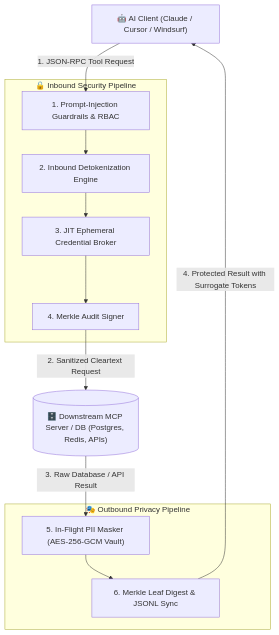
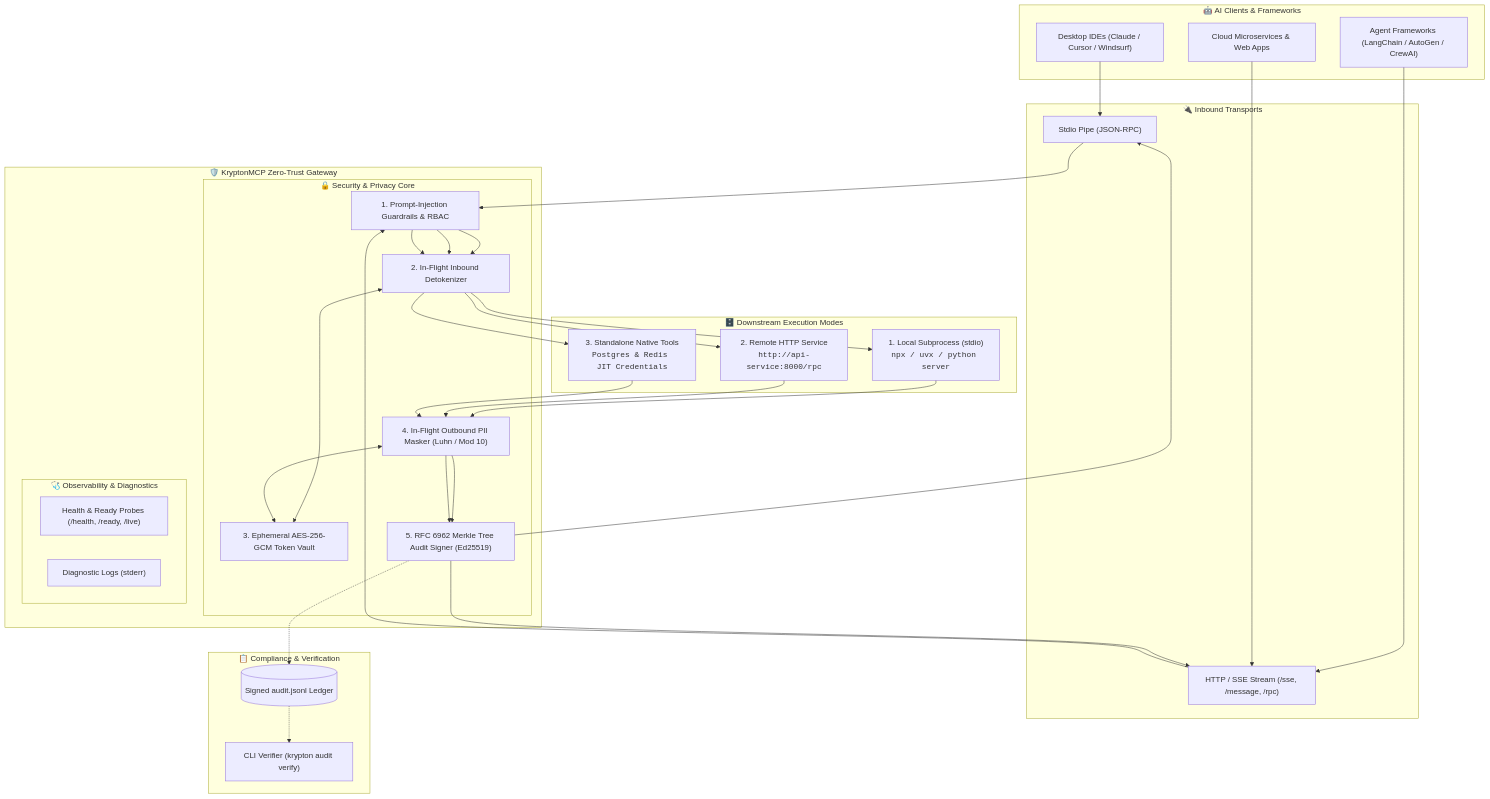
The diagram in README.md (MuhammetEmirErkut/krypton-mcp), drawn with Mermaid before and after one commit.

Commit message:
docs(readme): expand Mermaid architecture diagram to cover all transports and execution targets

````diff
--- a/README.md
+++ b/README.md
@@ -49,25 +49,62 @@
 ```mermaid
 flowchart TD
-    Client["🤖 AI Client (Claude / Cursor / Windsurf)"]
-
-    subgraph InboundPipeline["🔒 Inbound Security Pipeline"]
-        G["1. Prompt-Injection Guardrails & RBAC"]
-        D["2. Inbound Detokenization Engine"]
-        B["3. JIT Ephemeral Credential Broker"]
-        A1["4. Merkle Audit Signer"]
-        G --> D --> B --> A1
+    subgraph Clients["🤖 AI Clients & Frameworks"]
+        C1["Desktop IDEs (Claude / Cursor / Windsurf)"]
+        C2["Agent Frameworks (LangChain / AutoGen / CrewAI)"]
+        C3["Cloud Microservices & Web Apps"]
     end
 
-    Downstream[("🗄️ Downstream MCP Server / DB (Postgres, Redis, APIs)")]
-
-    subgraph OutboundPipeline["🎭 Outbound Privacy Pipeline"]
-        M["5. In-Flight PII Masker (AES-256-GCM Vault)"]
-        A2["6. Merkle Leaf Digest & JSONL Sync"]
-        M --> A2
+    subgraph Transports["🔌 Inbound Transports"]
+        T1["Stdio Pipe (JSON-RPC)"]
+        T2["HTTP / SSE Stream (/sse, /message, /rpc)"]
     end
 
-    Client -->|"1. JSON-RPC Tool Request"| G
-    A1 -->|"2. Sanitized Cleartext Request"| Downstream
-    Downstream -->|"3. Raw Database / API Result"| M
-    A2 -->|"4. Protected Result with Surrogate Tokens"| Client
+    subgraph Gateway["🛡️ KryptonMCP Zero-Trust Gateway"]
+        subgraph SecurityEngine["🔒 Security & Privacy Core"]
+            G1["1. Prompt-Injection Guardrails & RBAC"]
+            G2["2. In-Flight Inbound Detokenizer"]
+            G3["3. Ephemeral AES-256-GCM Token Vault"]
+            G4["4. In-Flight Outbound PII Masker (Luhn / Mod 10)"]
+            G5["5. RFC 6962 Merkle Tree Audit Signer (Ed25519)"]
+            G2 <--> G3
+            G4 <--> G3
+        end
+
+        subgraph Probes["🩺 Observability & Diagnostics"]
+            H["Health & Ready Probes (/health, /ready, /live)"]
+            D["Diagnostic Logs (stderr)"]
+        end
+    end
+
+    subgraph Targets["🗄️ Downstream Execution Modes"]
+        TargetA["1. Local Subprocess (stdio)<br/><code>npx / uvx / python server</code>"]
+        TargetB["2. Remote HTTP Service<br/><code>http://api-service:8000/rpc</code>"]
+        TargetC["3. Standalone Native Tools<br/><code>Postgres & Redis JIT Credentials</code>"]
+    end
+
+    subgraph Auditor["📋 Compliance & Verification"]
+        V["CLI Verifier (krypton audit verify)"]
+        L[("Signed audit.jsonl Ledger")]
+    end
+
+    C1 --> T1
+    C2 --> T2
+    C3 --> T2
+
+    T1 --> G1
+    T2 --> G1
+
+    G1 --> G2 --> TargetA
+    G1 --> G2 --> TargetB
+    G1 --> G2 --> TargetC
+
+    TargetA --> G4
+    TargetB --> G4
+    TargetC --> G4
+
+    G4 --> G5 --> T1
+    G4 --> G5 --> T2
+
+    G5 -.-> L
+    L -.-> V
 ```
````
